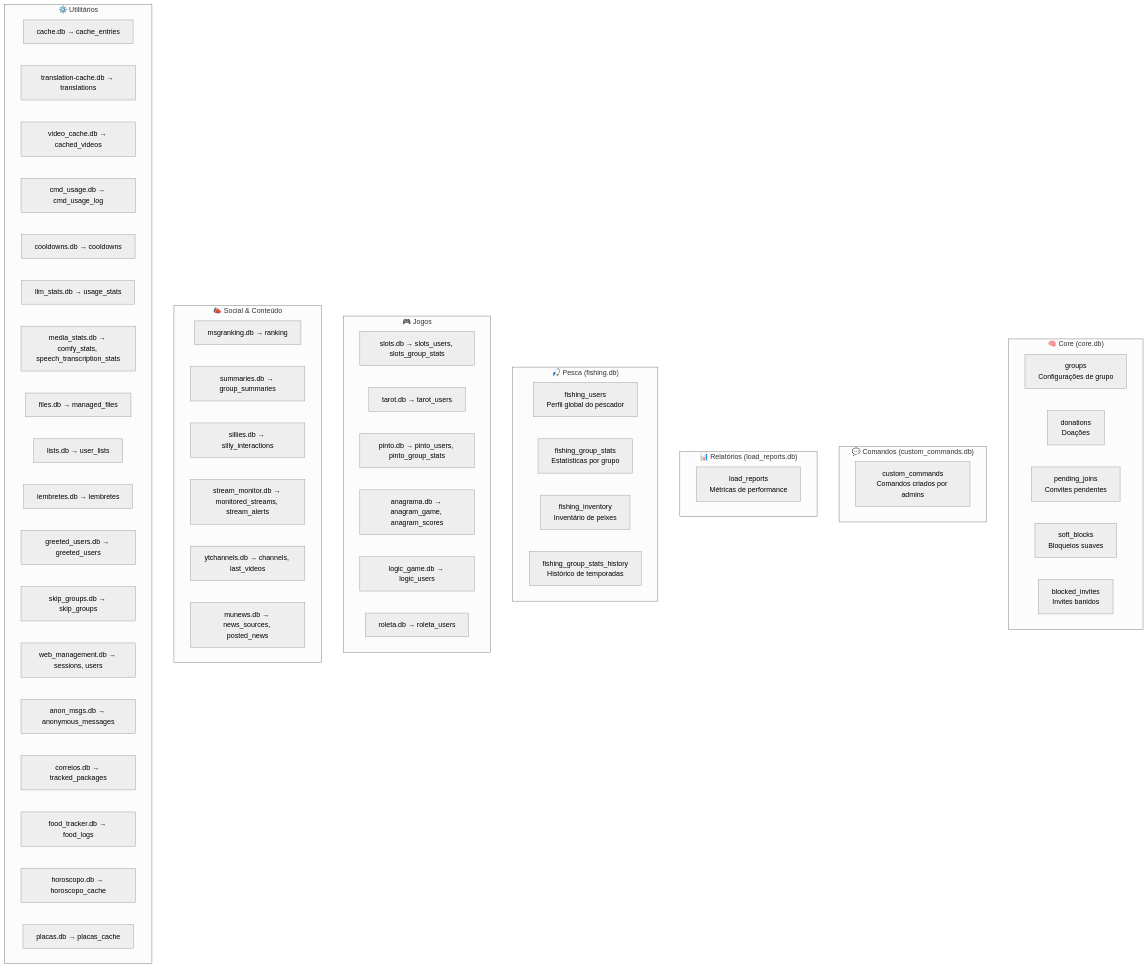
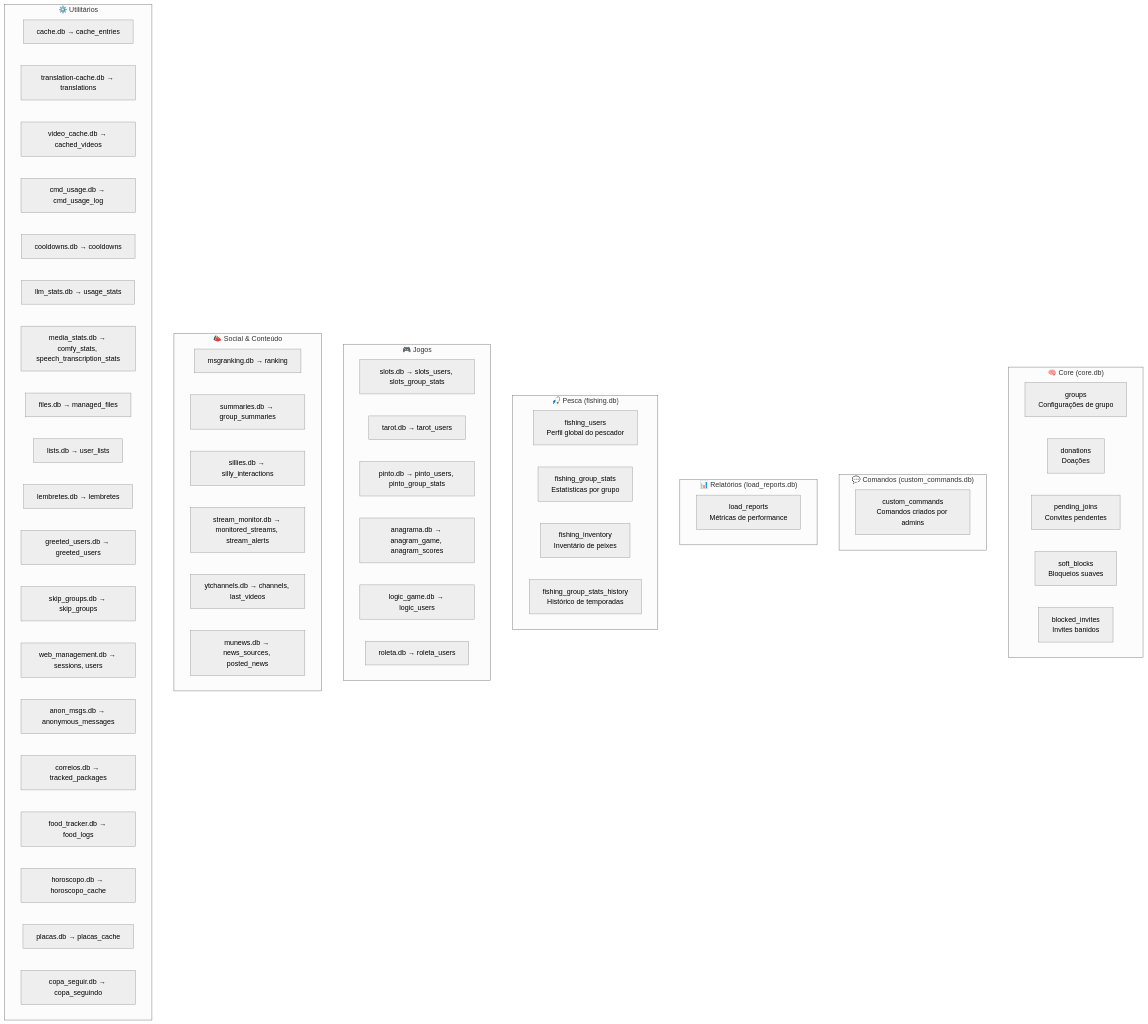
The diagram in DATABASE_TABLES.md (moothz/ravena-ai), drawn with Mermaid (neutral theme) before and after one commit. The commit also changed other lines of this file and 3 other files, not shown here.

First line of the commit message:
feat: adiciona comando !copa-seguir e endpoint /copa da Copa 2026

````diff
--- a/DATABASE_TABLES.md
+++ b/DATABASE_TABLES.md
@@ -10,64 +10,65 @@
 ```mermaid
 graph TD
     subgraph CORE ["🧠 Core (core.db)"]
         groups["groups\nConfigurações de grupo"]
         donations["donations\nDoações"]
         pending_joins["pending_joins\nConvites pendentes"]
         soft_blocks["soft_blocks\nBloqueios suaves"]
         blocked_invites["blocked_invites\nInvites banidos"]
     end
 
     subgraph CMDS ["💬 Comandos (custom_commands.db)"]
         custom_commands["custom_commands\nComandos criados por admins"]
     end
 
     subgraph REPORTS ["📊 Relatórios (load_reports.db)"]
         load_reports["load_reports\nMétricas de performance"]
     end
 
     subgraph FISHING ["🎣 Pesca (fishing.db)"]
         fishing_users["fishing_users\nPerfil global do pescador"]
         fishing_group_stats["fishing_group_stats\nEstatísticas por grupo"]
         fishing_inventory["fishing_inventory\nInventário de peixes"]
         fishing_group_stats_history["fishing_group_stats_history\nHistórico de temporadas"]
     end
 
     subgraph GAMES ["🎮 Jogos"]
         slots["slots.db → slots_users, slots_group_stats"]
         tarot["tarot.db → tarot_users"]
         pinto["pinto.db → pinto_users, pinto_group_stats"]
         anagram["anagrama.db → anagram_game, anagram_scores"]
         logic["logic_game.db → logic_users"]
         roleta["roleta.db → roleta_users"]
     end
 
     subgraph SOCIAL ["📣 Social & Conteúdo"]
         ranking["msgranking.db → ranking"]
         summaries["summaries.db → group_summaries"]
         sillies["sillies.db → silly_interactions"]
         stream["stream_monitor.db → monitored_streams, stream_alerts"]
         ytchannels["ytchannels.db → channels, last_videos"]
         munews["munews.db → news_sources, posted_news"]
     end
 
     subgraph UTILS ["⚙️ Utilitários"]
         cache["cache.db → cache_entries"]
         translation_cache["translation-cache.db → translations"]
         video_cache["video_cache.db → cached_videos"]
         cmd_usage["cmd_usage.db → cmd_usage_log"]
         cooldowns["cooldowns.db → cooldowns"]
         llm_stats["llm_stats.db → usage_stats"]
         media_stats["media_stats.db → comfy_stats, speech_transcription_stats"]
         files["files.db → managed_files"]
         lists["lists.db → user_lists"]
         lembretes["lembretes.db → lembretes"]
         greeted["greeted_users.db → greeted_users"]
         skip_groups["skip_groups.db → skip_groups"]
         web_mgmt["web_management.db → sessions, users"]
         anon_msgs["anon_msgs.db → anonymous_messages"]
         correios["correios.db → tracked_packages"]
         food_tracker["food_tracker.db → food_logs"]
         horoscopo["horoscopo.db → horoscopo_cache"]
         placas["placas.db → placas_cache"]
+        copa_seguir["copa_seguir.db → copa_seguindo"]
     end
 ```
````
